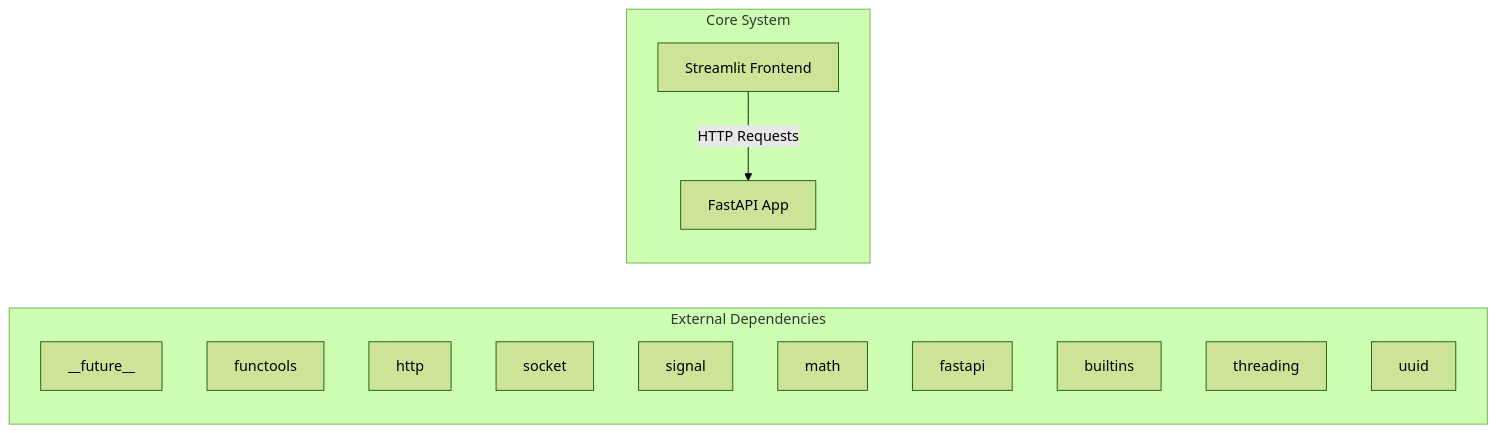
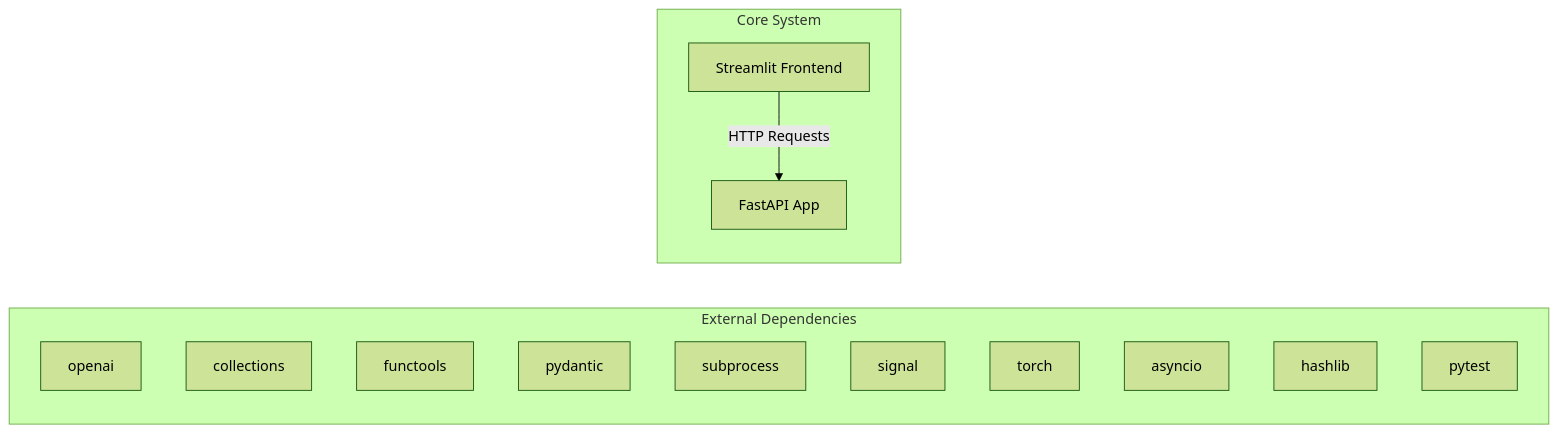
One commit to NITISH-R-G/rag-context-optimizer changed the first of 2 diagrams in docs/architecture.md. Above: the diagram before and after it, drawn with Mermaid (forest theme). The commit also changed 1 other file, not shown here.

Commit message:
docs: auto-update repository knowledge, architecture diagrams, and documentation

````diff
--- a/docs/architecture.md
+++ b/docs/architecture.md
@@ -7,20 +7,20 @@
 ```mermaid
 graph LR
     subgraph External Dependencies
-        E0["__future__"]
-        E1["functools"]
-        E2["http"]
-        E3["socket"]
-        E4["signal"]
-        E5["math"]
-        E6["fastapi"]
-        E7["builtins"]
-        E8["threading"]
-        E9["uuid"]
+        E0["openai"]
+        E1["collections"]
+        E2["functools"]
+        E3["pydantic"]
+        E4["subprocess"]
+        E5["signal"]
+        E6["torch"]
+        E7["asyncio"]
+        E8["hashlib"]
+        E9["pytest"]
     end
     subgraph Core System
         API["FastAPI App"]
         UI["Streamlit Frontend"]
     end
     UI -->|HTTP Requests| API
 ```
````
